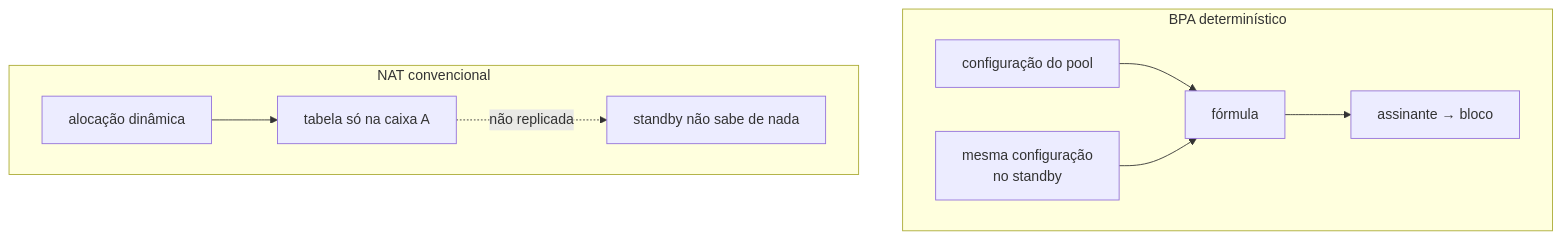
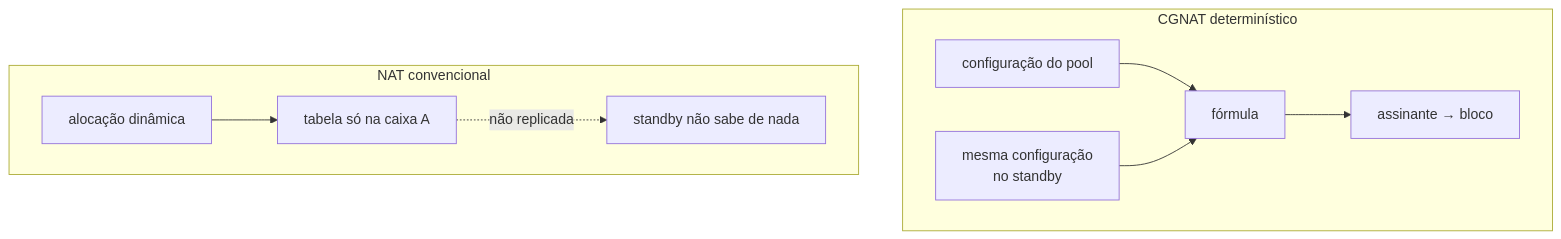
The diagram in wiki/entender-o-produto/alta-disponibilidade.md (andrediashexa/prismarouting), drawn with Mermaid before and after one commit. The commit also changed other lines of this file and 16 other files, not shown here.

Commit message:
BPA means the dynamic allocation; deterministic CGNAT is not BPA (#463)

````diff
--- a/wiki/entender-o-produto/alta-disponibilidade.md
+++ b/wiki/entender-o-produto/alta-disponibilidade.md
@@ -17,12 +17,12 @@
 ```mermaid
 flowchart TB
-    subgraph D["BPA determinístico"]
+    subgraph D["CGNAT determinístico"]
         C1["configuração do pool"] --> M1["fórmula"]
         M1 --> R1["assinante → bloco"]
         C2["mesma configuração<br/>no standby"] --> M1
     end
     subgraph N["NAT convencional"]
         A1["alocação dinâmica"] --> T1["tabela só na caixa A"]
         T1 -.->|"não replicada"| T2["standby não sabe de nada"]
     end
 ```
````
